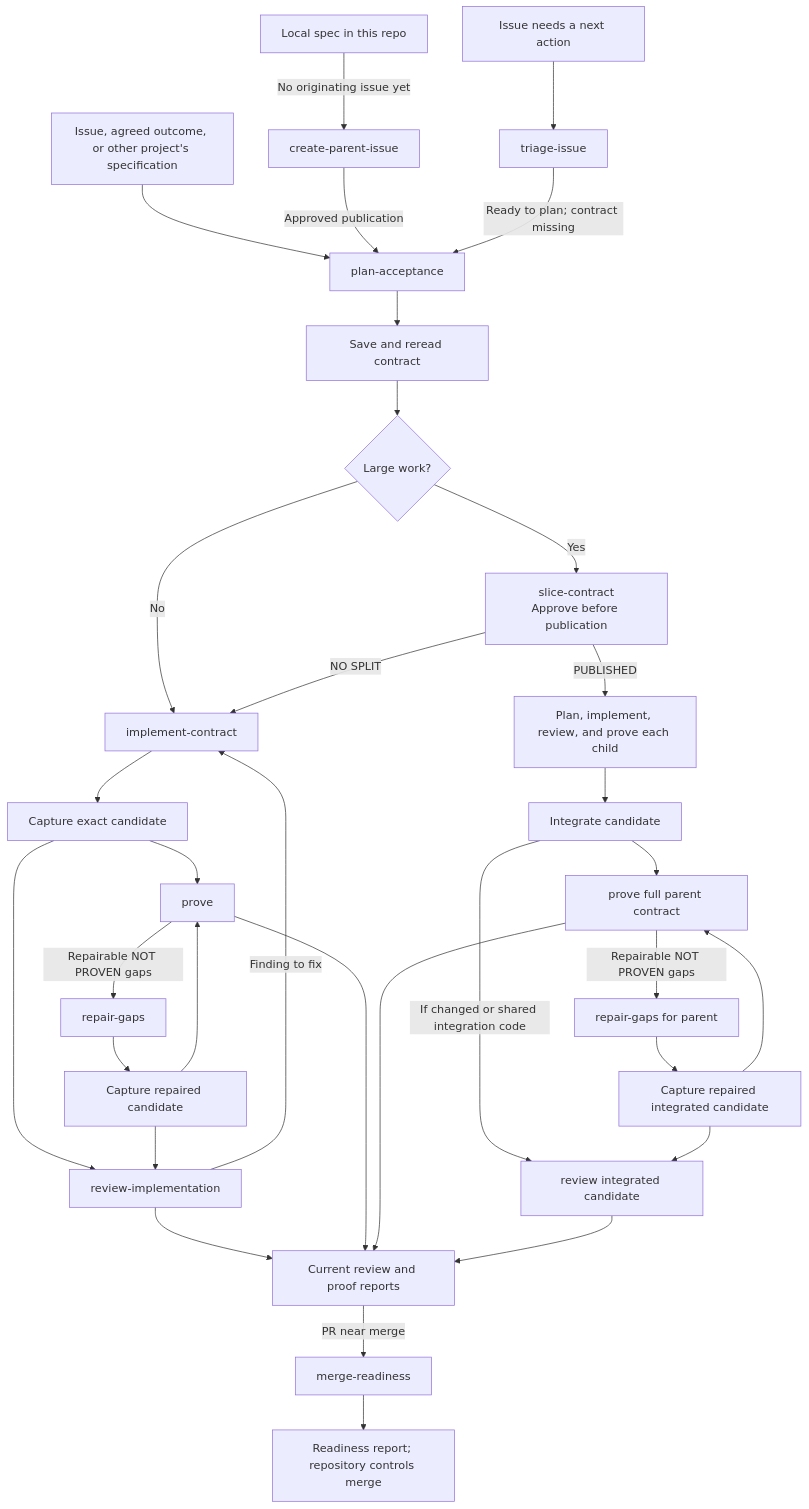
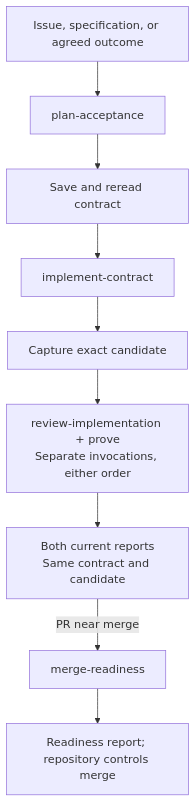
Before and after one commit to grove/promise-to-proof: the diagram in README.md, drawn with Mermaid. The commit also changed other lines of this file, not shown here.

Commit message:
Simplify README delivery flowchart

````diff
--- a/README.md
+++ b/README.md
@@ -69,38 +69,11 @@
 ```mermaid
 flowchart TD
-	source["Issue, agreed outcome, or other project's specification"] --> plan["plan-acceptance"]
-	localSpec["Local spec in this repo"] -->|No originating issue yet| create["create-parent-issue"]
-	create -->|Approved publication| plan
-	needsTriage["Issue needs a next action"] --> triage["triage-issue"]
-	triage -->|Ready to plan; contract missing| plan
-
+	source["Issue, specification, or agreed outcome"] --> plan["plan-acceptance"]
 	plan --> contract["Save and reread contract"]
-	contract --> split{"Large work?"}
-	split -->|No| implement["implement-contract"]
-	split -->|Yes| slice["slice-contract<br/>Approve before publication"]
-	slice -->|NO SPLIT| implement
-	slice -->|PUBLISHED| children["Plan, implement, review, and prove each child"]
-	children --> integrate["Integrate candidate"]
-	integrate --> parentProof["prove full parent contract"]
-	parentProof -->|Repairable NOT PROVEN gaps| parentRepair["repair-gaps for parent"]
-	parentRepair --> parentRepaired["Capture repaired integrated candidate"]
-	parentRepaired --> parentProof
-
+	contract --> implement["implement-contract"]
 	implement --> candidate["Capture exact candidate"]
-	candidate --> review["review-implementation"]
-	candidate --> prove["prove"]
-	review -->|Finding to fix| implement
-	prove -->|Repairable NOT PROVEN gaps| repair["repair-gaps"]
-	repair --> repaired["Capture repaired candidate"]
-	repaired --> review
-	repaired --> prove
-
-	review --> reports["Current review and proof reports"]
-	prove --> reports
-	parentProof --> reports
-	integrate -->|If changed or shared integration code| parentReview["review integrated candidate"]
-	parentRepaired --> parentReview
-	parentReview --> reports
+	candidate --> verify["review-implementation + prove<br/>Separate invocations, either order"]
+	verify --> reports["Both current reports<br/>Same contract and candidate"]
 	reports -->|PR near merge| readiness["merge-readiness"]
 	readiness --> gate["Readiness report; repository controls merge"]
 ```
````
